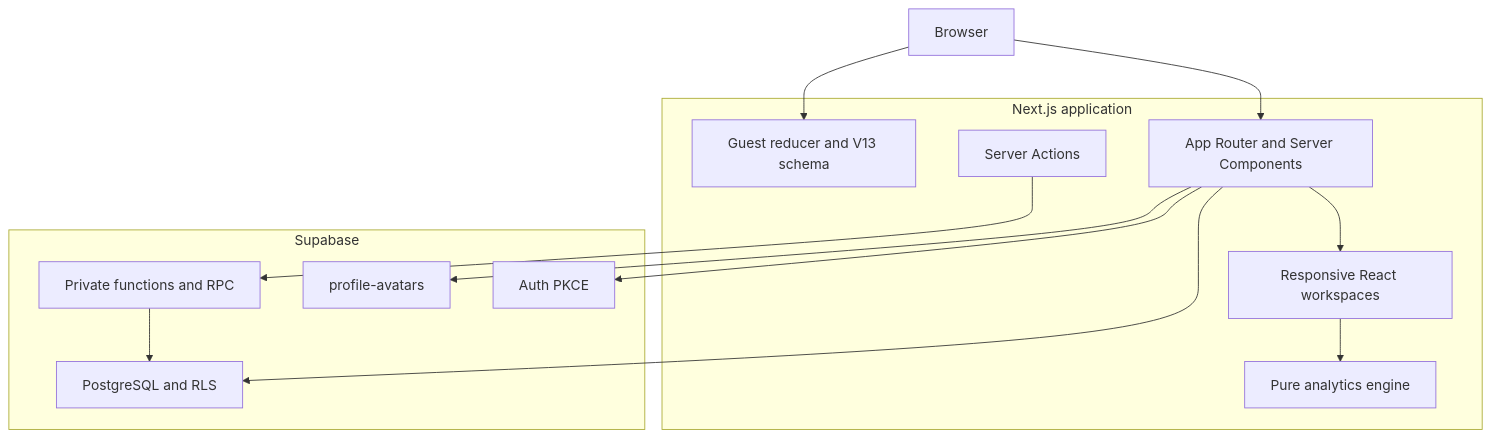
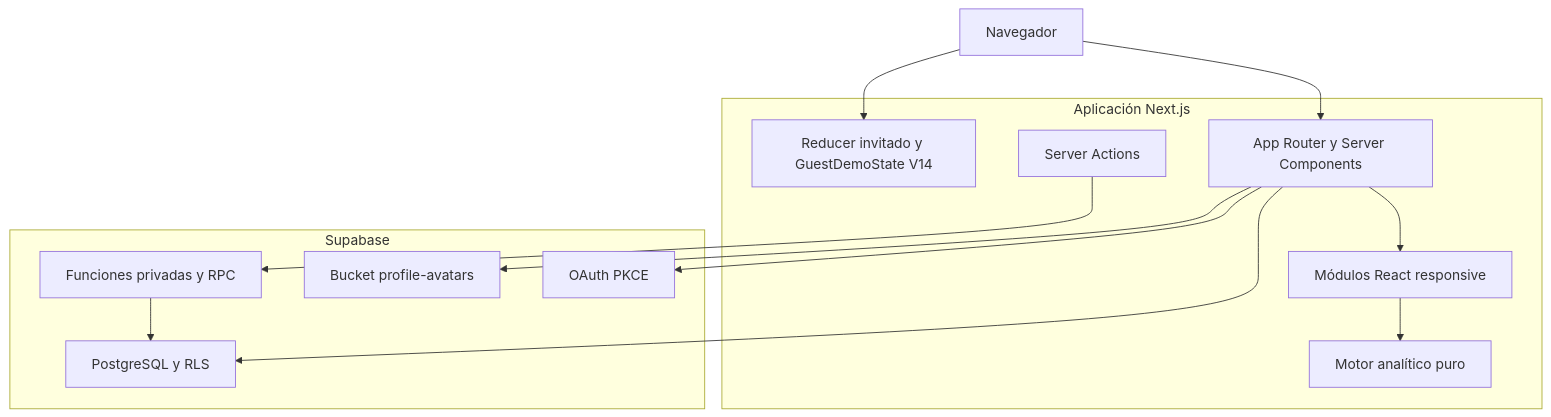
The second of 9 diagrams in docs/TECHNICAL-CASE-STUDY.md (antoniojesusdelgado/management-platform-demo), drawn with Mermaid before and after one commit. The commit also changed other lines of this file and 34 other files, not shown here.

````diff
--- a/docs/TECHNICAL-CASE-STUDY.md
+++ b/docs/TECHNICAL-CASE-STUDY.md
@@ -57,26 +68,26 @@
 ```mermaid
 flowchart TB
-  browser["Browser"]
-  subgraph next["Next.js application"]
-    routes["App Router and Server Components"]
+  browser["Navegador"]
+  subgraph next["Aplicación Next.js"]
+    routes["App Router y Server Components"]
     actions["Server Actions"]
-    guest["Guest reducer and V13 schema"]
-    analytics["Pure analytics engine"]
-    ui["Responsive React workspaces"]
+    guest["Reducer invitado y GuestDemoState V14"]
+    analytics["Motor analítico puro"]
+    ui["Módulos React responsive"]
   end
   subgraph supabase["Supabase"]
-    auth["Auth PKCE"]
-    postgres["PostgreSQL and RLS"]
-    rpc["Private functions and RPC"]
-    storage["profile-avatars"]
+    auth["OAuth PKCE"]
+    postgres["PostgreSQL y RLS"]
+    rpc["Funciones privadas y RPC"]
+    storage["Bucket profile-avatars"]
   end
   browser --> routes
   browser --> guest
   routes --> ui
   ui --> analytics
   routes --> postgres
   actions --> rpc
   rpc --> postgres
   routes --> auth
   routes --> storage
 ```
````
